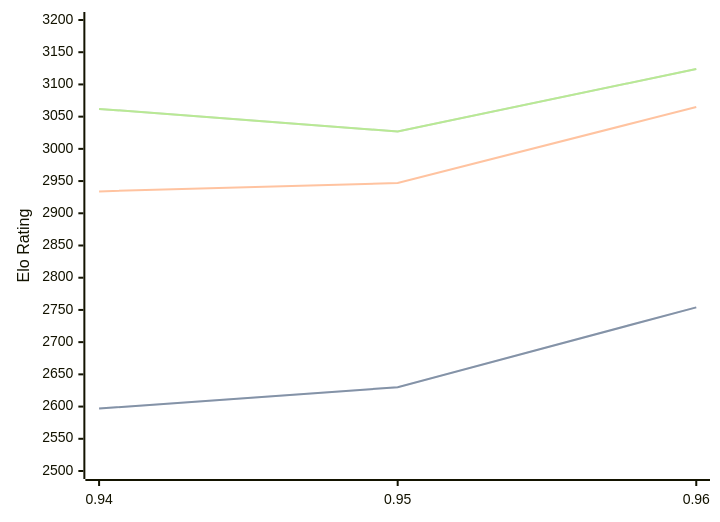
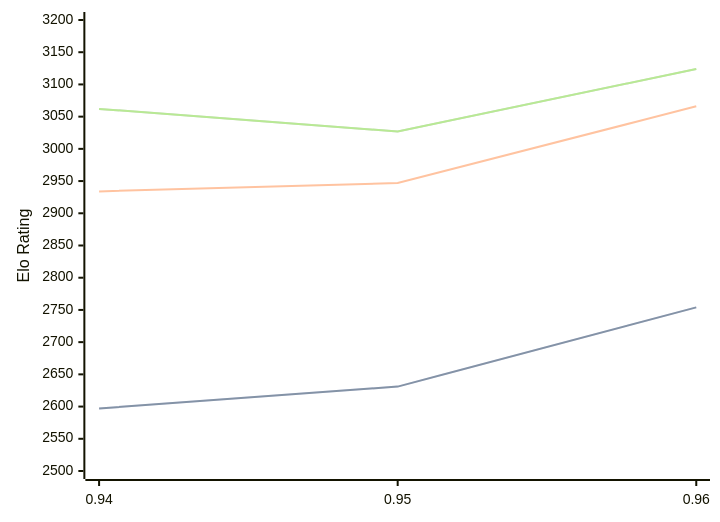
The diagram in engines/Myrddin.md (computer-chess-index/cci), drawn with Mermaid before and after one commit. The commit also changed other lines of this file, not shown here.

````diff
--- a/engines/Myrddin.md
+++ b/engines/Myrddin.md
@@ -33,11 +33,11 @@
 ```mermaid
 %%{init: {"theme":"base","themeVariables":{"seriesColors:['#a3a3a3','#222221','#faa371']}}}%%
 xychart-beta
   x-axis ["0.94", "0.95", "0.96"]
   y-axis "Elo Rating" 2500 --> 3200
-  line "" [2597, 2630, 2754]
-  line "STC (8.0+0.08s)" [2597, 2630, 2754]
-  line "LTC (60.0+0.60s)" [2934, 2947, 3065]
+  line "" [2597, 2631, 2754]
+  line "STC (8.0+0.08s)" [2597, 2631, 2754]
+  line "LTC (60.0+0.60s)" [2934, 2947, 3066]
   line "" [3062, 3027, 3124]
   line "VLTC (2m24s+1.12s)" [3062, 3027, 3124]
 ```
````
